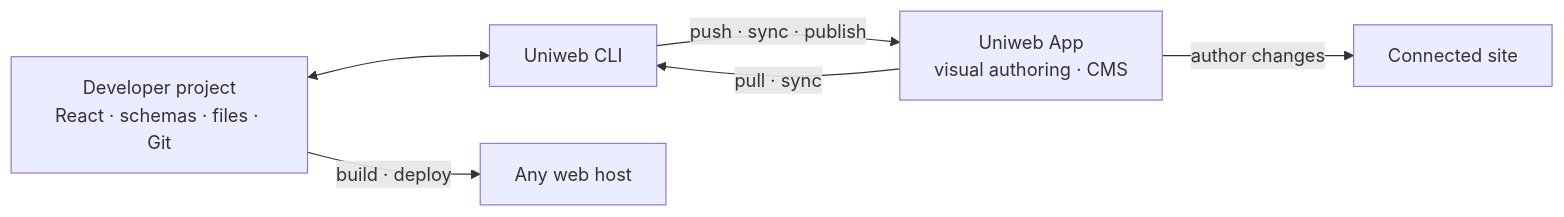
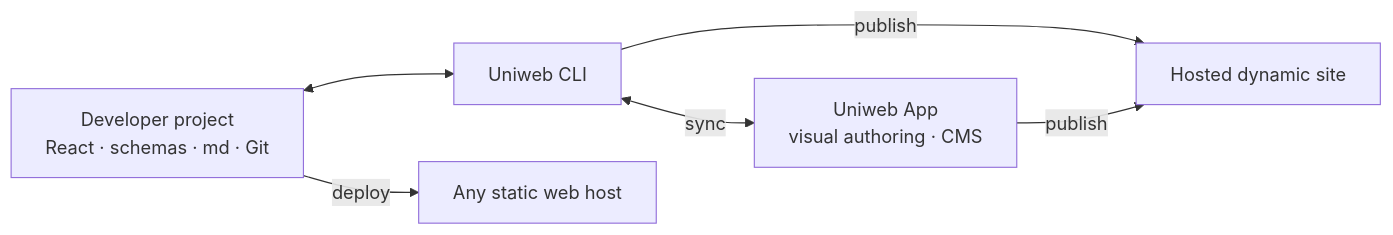
One commit to uniweb/uniweb changed the diagram in README.md. Above: the diagram before and after it, drawn with Mermaid.

Commit message:
Update README.md with clearer diagram.

````diff
--- a/README.md
+++ b/README.md
@@ -30,14 +30,14 @@
 ```mermaid
 flowchart LR
-    D["Developer project<br/>React · schemas · files · Git"]
+    D["Developer project<br/>React · schemas · md · Git"]
     C["Uniweb CLI"]
     A["Uniweb App<br/>visual authoring · CMS"]
-    S["Connected site"]
-    H["Any web host"]
+    S["Hosted dynamic site"]
+    H["Any static web host"]
 
     D <--> C
-    C -->|"push · sync · publish"| A
-    A -->|"pull · sync"| C
-    A -->|"author changes"| S
-    D -->|"build · deploy"| H
+    C <-->|"sync"| A
+    C -->|"publish"| S
+    A -->|"publish"| S
+    D -->|"deploy"| H
 ```
````
